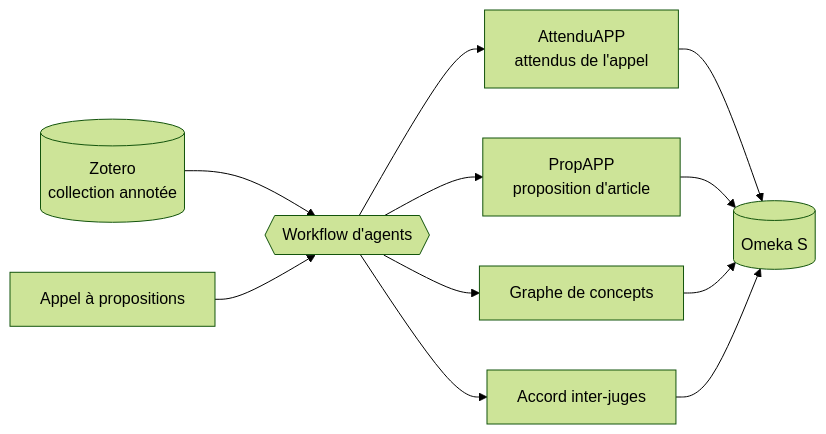
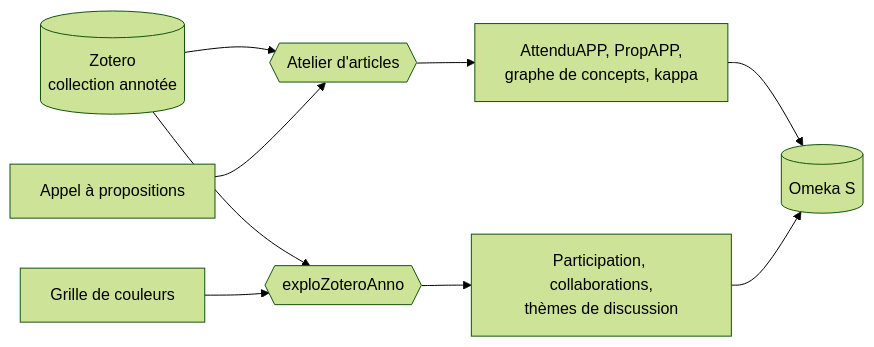
The diagram in docs/README.md (samszo/ecosysteme-agents-recherche), drawn with Mermaid (forest theme) before and after one commit. The commit also changed other lines of this file and 10 other files, not shown here.

````diff
--- a/docs/README.md
+++ b/docs/README.md
@@ -11,10 +16,10 @@
 ```mermaid
 flowchart LR
-    Z[(Zotero<br/>collection annotée)] --> W{{Workflow d'agents}}
-    AAP[Appel à propositions] --> W
-    W --> A[AttenduAPP<br/>attendus de l'appel]
-    W --> P[PropAPP<br/>proposition d'article]
-    W --> G[Graphe de concepts]
-    W --> K[Accord inter-juges]
-    A & P & G & K --> O[(Omeka S)]
+    Z[(Zotero<br/>collection annotée)] --> W1{{Atelier d'articles}}
+    AAP[Appel à propositions] --> W1
+    Z --> W2{{exploZoteroAnno}}
+    GR[Grille de couleurs] --> W2
+    W1 --> R1[AttenduAPP, PropAPP,<br/>graphe de concepts, kappa]
+    W2 --> R2[Participation, collaborations,<br/>thèmes de discussion]
+    R1 & R2 --> O[(Omeka S)]
 ```
````
